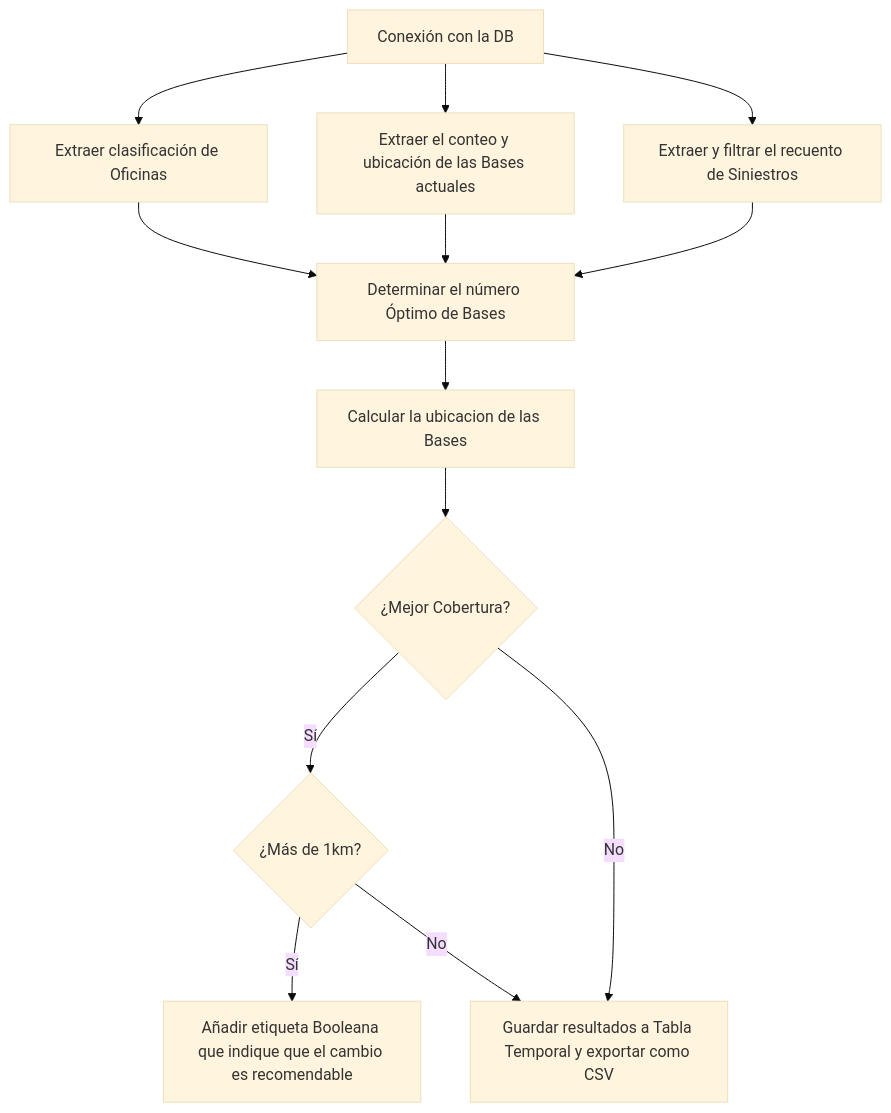
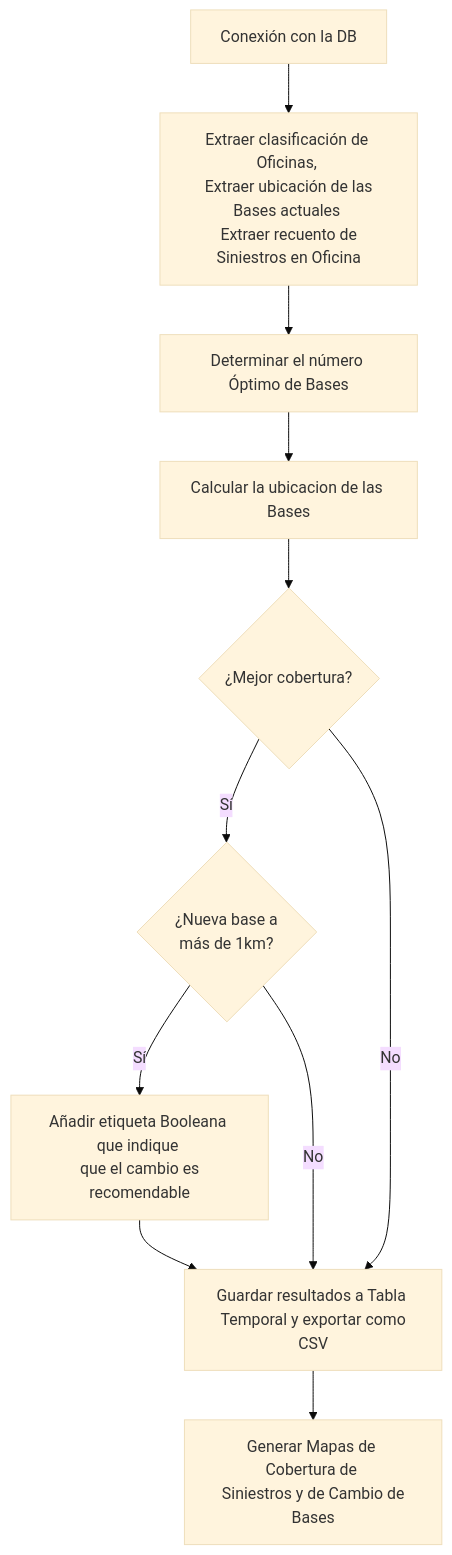
One commit to yakincc/linked-blog-starter-md changed the diagram in Proyectos/Proyecto de Modificación a las Bases de Ajuste.md. Above: the diagram before and after it, drawn with Mermaid (base theme).

Commit message:
vault backup: 2024-11-19 10:59:20

````diff
--- a/Proyectos/Proyecto de Modificación a las Bases de Ajuste.md
+++ b/Proyectos/Proyecto de Modificación a las Bases de Ajuste.md
@@ -45,15 +45,13 @@
 ```mermaid
 graph TD
-	A[Conexión con la DB] --> B[Extraer clasificación de Oficinas] 
-	A --> C[Extraer el conteo y ubicación de las Bases actuales] 
-	A --> D[Extraer y filtrar el recuento de Siniestros] 
+	A[Conexión con la DB] --> B[Extraer clasificación de Oficinas, <br> Extraer ubicación de las Bases actuales <br> Extraer recuento de Siniestros en Oficina] 
 	B --> E[Determinar el número Óptimo de Bases]
-	C --> E
-	D --> E
 	E --> F[Calcular la ubicacion de las Bases]
-	F --> G{¿Mejor Cobertura?}
-	G -->|Sí| H{¿Más de 1km?} 
-		H -->|Sí| J[Añadir etiqueta Booleana que indique que el cambio es recomendable]
-		H -->|No|I[Guardar resultados a Tabla Temporal y exportar como CSV] 
+	F --> G{¿Mejor cobertura?}
+	G -->|Sí| H{¿Nueva base a <br> más de 1km?} 
+		H -->|Sí| J[Añadir etiqueta Booleana que indique <br> que el cambio es recomendable]
+		H -->|No|I[Guardar resultados a Tabla <br> Temporal y exportar como CSV] 
 	G -->|No| I
+	J --> I
+	I --> K[Generar Mapas de Cobertura de <br> Siniestros y de Cambio de Bases]
 ```
````
